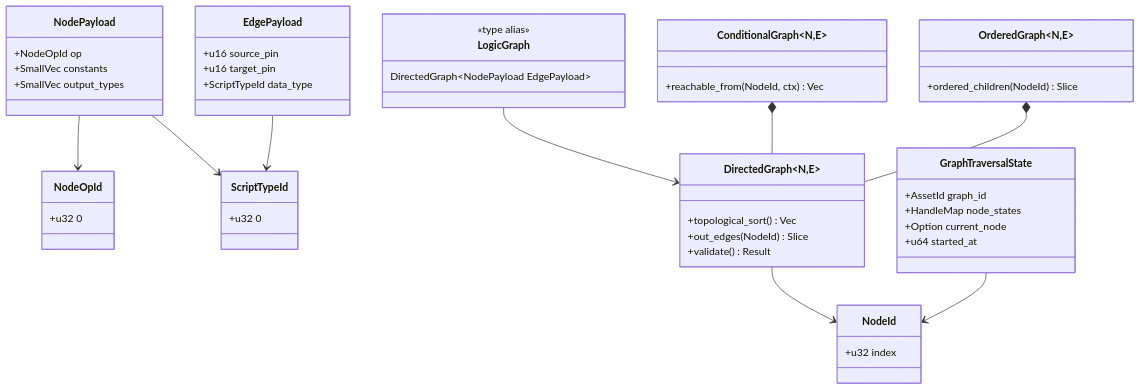
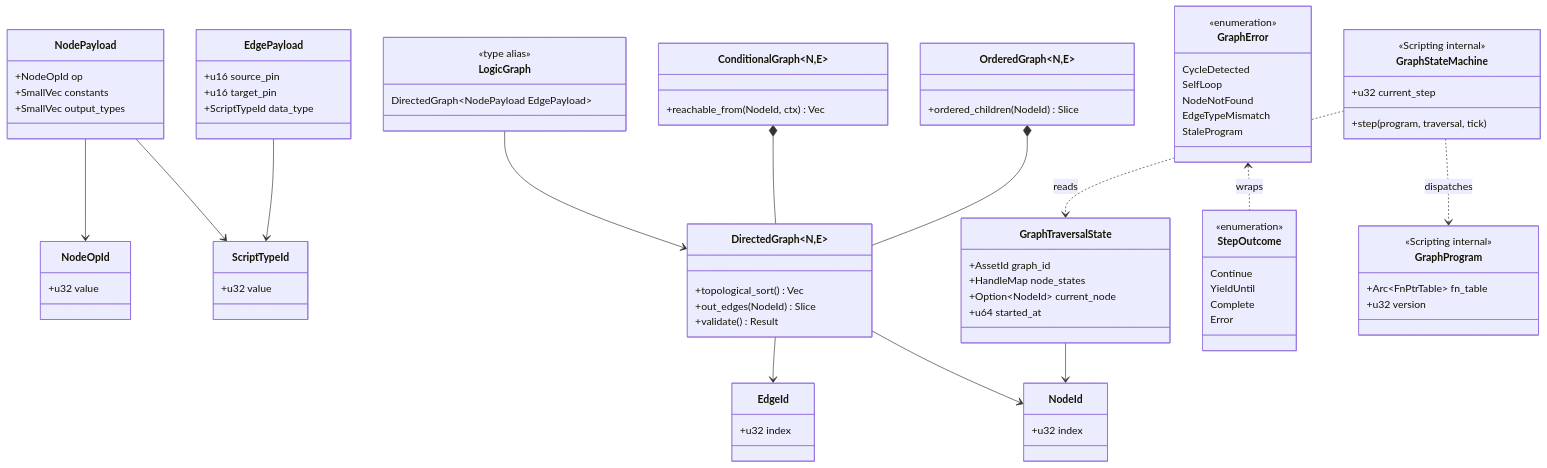
Before and after one commit to harmonius-dev/harmonius: the first of 2 diagrams in docs/design/integration/directed-graphs-scripting.md, drawn with Mermaid. The commit also changed other lines of this file and 109 other files, not shown here.

````diff
--- a/docs/design/integration/directed-graphs-scripting.md
+++ b/docs/design/integration/directed-graphs-scripting.md
@@ -149,10 +239,10 @@
 ```mermaid
 classDiagram
     class NodeOpId {
-        +u32 0
+        +u32 value
     }
     class ScriptTypeId {
-        +u32 0
+        +u32 value
     }
     class NodePayload {
         +NodeOpId op
@@ -167,10 +257,13 @@
     class NodeId {
         +u32 index
     }
+    class EdgeId {
+        +u32 index
+    }
     class GraphTraversalState {
         +AssetId graph_id
         +HandleMap node_states
-        +Option current_node
+        +Option~NodeId~ current_node
         +u64 started_at
     }
     class DirectedGraph~N,E~ {
@@ -188,13 +281,42 @@
         <<type alias>>
         DirectedGraph~NodePayload EdgePayload~
     }
+    class StepOutcome {
+        <<enumeration>>
+        Continue
+        YieldUntil
+        Complete
+        Error
+    }
+    class GraphError {
+        <<enumeration>>
+        CycleDetected
+        SelfLoop
+        NodeNotFound
+        EdgeTypeMismatch
+        StaleProgram
+    }
+    class GraphStateMachine {
+        <<Scripting internal>>
+        +u32 current_step
+        +step(program, traversal, tick)
+    }
+    class GraphProgram {
+        <<Scripting internal>>
+        +Arc~FnPtrTable~ fn_table
+        +u32 version
+    }
 
     LogicGraph --> DirectedGraph
     NodePayload --> NodeOpId
     NodePayload --> ScriptTypeId
     EdgePayload --> ScriptTypeId
     DirectedGraph --> NodeId
+    DirectedGraph --> EdgeId
     ConditionalGraph *-- DirectedGraph
     OrderedGraph *-- DirectedGraph
     GraphTraversalState --> NodeId
+    GraphStateMachine ..> GraphTraversalState : reads
+    GraphStateMachine ..> GraphProgram : dispatches
+    GraphError <.. StepOutcome : wraps
 ```
````
